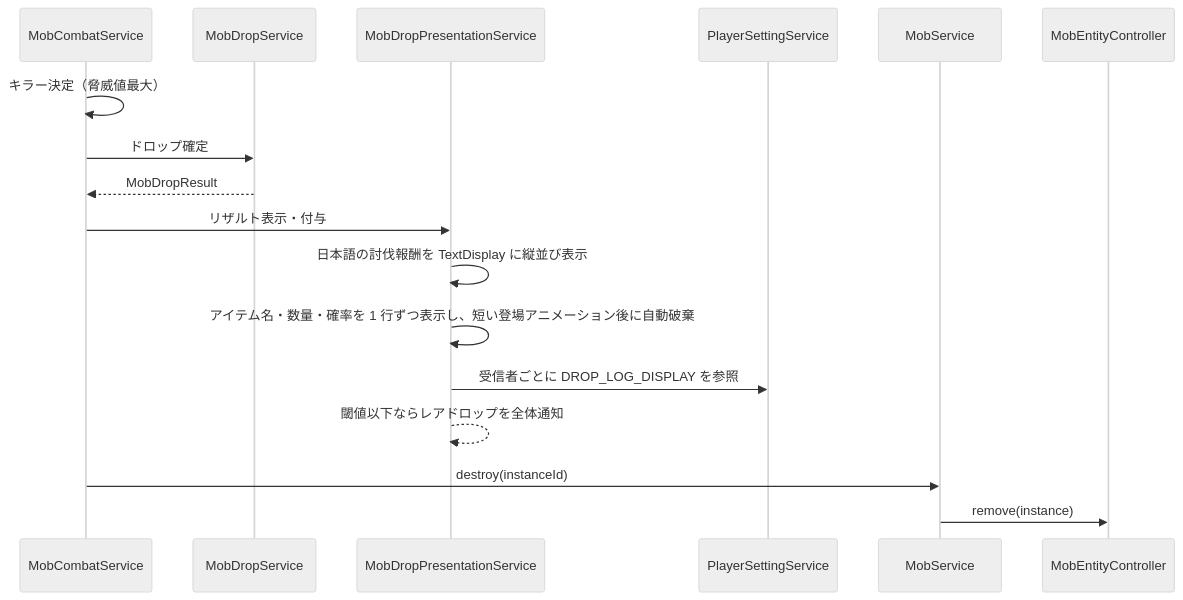
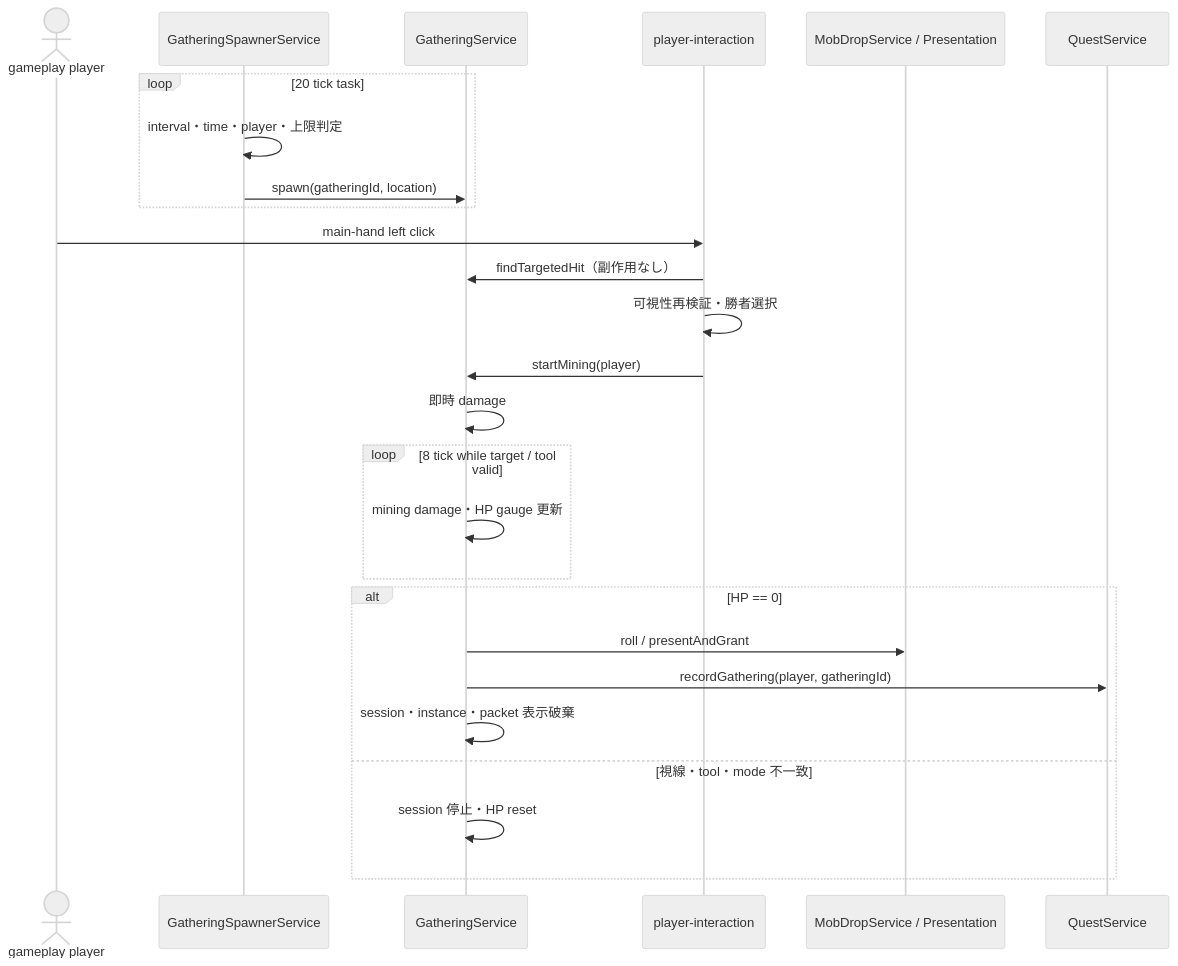
Before and after one commit to maaasu/AstralRecord-Workspace: the seventh of 7 diagrams in 00_docs/10_Plugin設計書/feature/12-mob/4-統合フロー/12_4.00-統合フロー.md, drawn with Mermaid (neutral theme). The commit also changed other lines of this file and 288 other files, not shown here.

````diff
--- a/00_docs/10_Plugin設計書/feature/12-mob/4-統合フロー/12_4.00-統合フロー.md
+++ b/00_docs/10_Plugin設計書/feature/12-mob/4-統合フロー/12_4.00-統合フロー.md
@@ -119,20 +199,29 @@
 ```mermaid
 sequenceDiagram
-    participant CB as MobCombatService
-    participant D as MobDropService
-    participant P as MobDropPresentationService
-    participant PS as PlayerSettingService
-    participant S as MobService
-    participant E as MobEntityController
+    actor Player as gameplay player
+    participant Spawner as GatheringSpawnerService
+    participant Gather as GatheringService
+    participant Input as player-interaction
+    participant Drop as MobDropService / Presentation
+    participant Quest as QuestService
 
-    CB->>CB: キラー決定（脅威値最大）
-    CB->>D: ドロップ確定
-    D-->>CB: MobDropResult
-    CB->>P: リザルト表示・付与
-    P->>P: 日本語の討伐報酬を TextDisplay に縦並び表示
-    P->>P: アイテム名・数量・確率を 1 行ずつ表示し、短い登場アニメーション後に自動破棄
-    P->>PS: 受信者ごとに DROP_LOG_DISPLAY を参照
-    P-->>P: 閾値以下ならレアドロップを全体通知
-    CB->>S: destroy(instanceId)
-    S->>E: remove(instance)
+    loop 20 tick task
+        Spawner->>Spawner: interval・time・player・上限判定
+        Spawner->>Gather: spawn(gatheringId, location)
+    end
+    Player->>Input: main-hand left click
+    Input->>Gather: findTargetedHit（副作用なし）
+    Input->>Input: 可視性再検証・勝者選択
+    Input->>Gather: startMining(player)
+    Gather->>Gather: 即時 damage
+    loop 8 tick while target / tool valid
+        Gather->>Gather: mining damage・HP gauge 更新
+    end
+    alt HP == 0
+        Gather->>Drop: roll / presentAndGrant
+        Gather->>Quest: recordGathering(player, gatheringId)
+        Gather->>Gather: session・instance・packet 表示破棄
+    else 視線・tool・mode 不一致
+        Gather->>Gather: session 停止・HP reset
+    end
 ```
````
